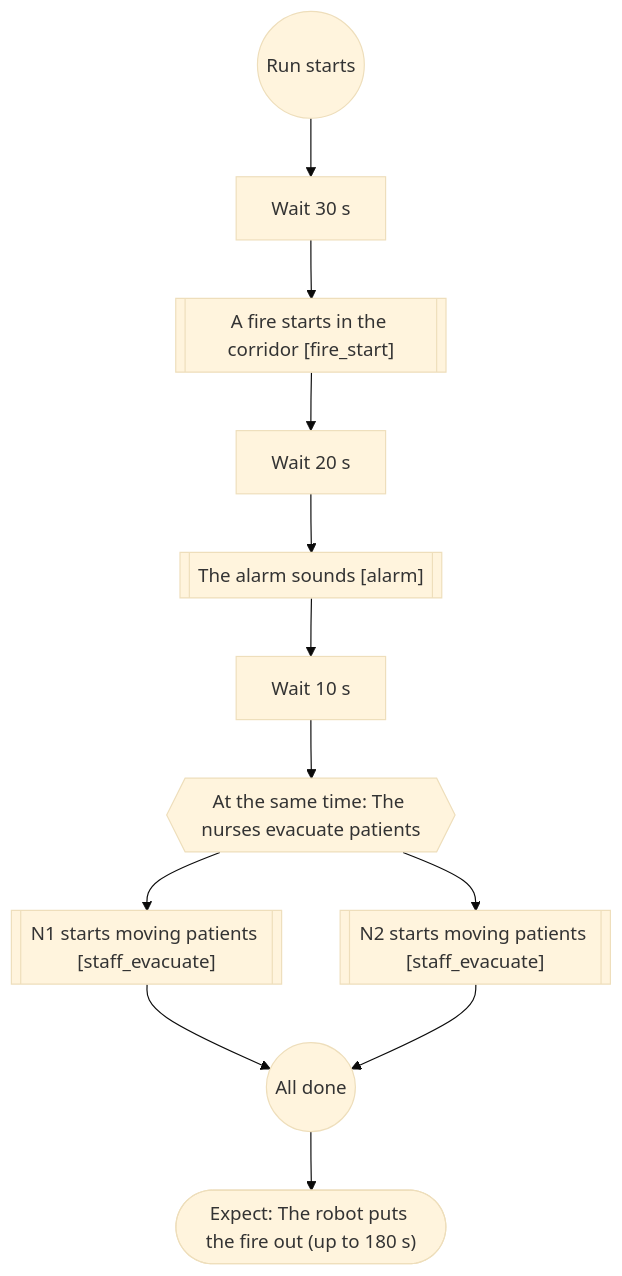
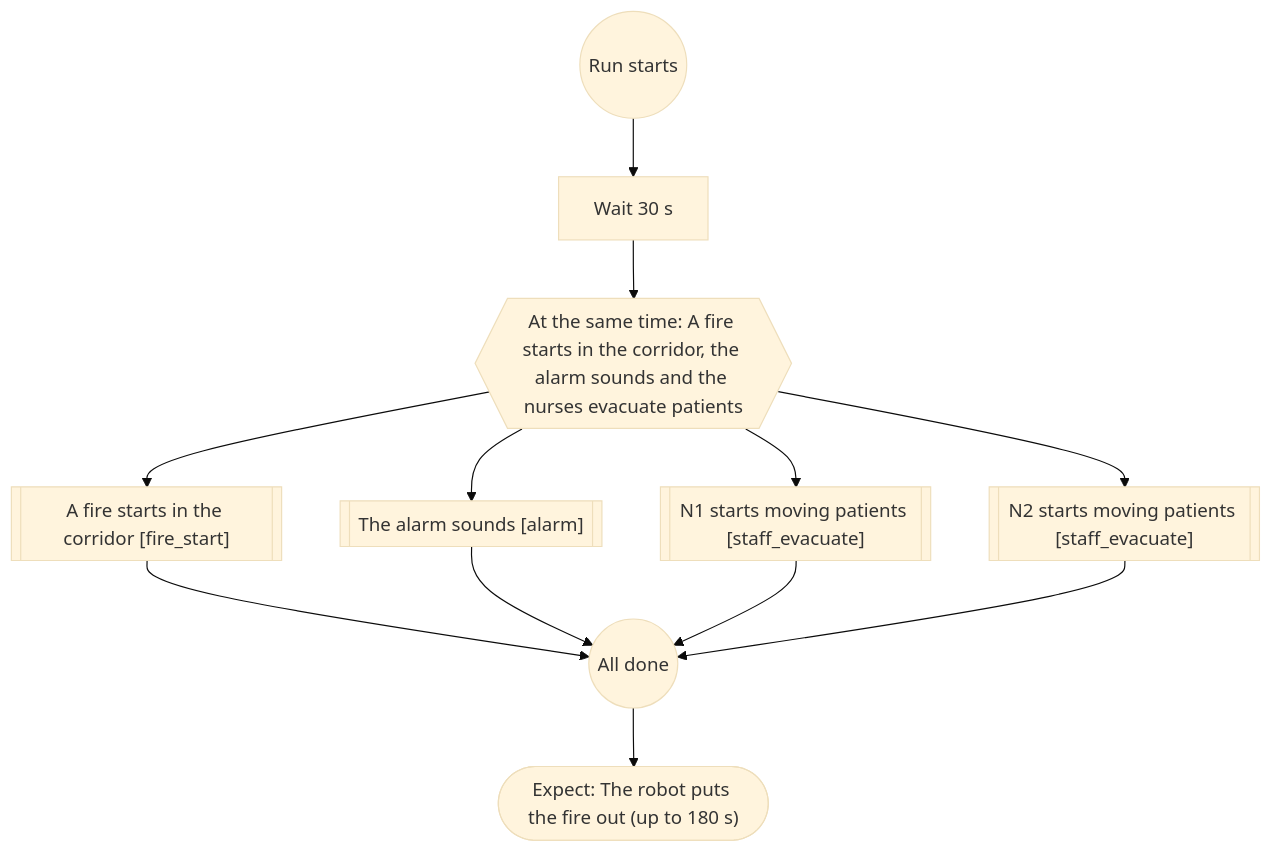
One commit to Bkrakshith/hospital-sim-agents changed the ninth of 9 diagrams in docs/scenario-flows.md. Above: the diagram before and after it, drawn with Mermaid (base theme). The commit also changed other lines of this file and 12 other files, not shown here.

````diff
--- a/docs/scenario-flows.md
+++ b/docs/scenario-flows.md
@@ -258,25 +264,23 @@
 ```mermaid
 flowchart TD
   n1(("Run starts"))
   n2["Wait 30 s"]
   n1 --> n2
-  n3[["A fire starts in the corridor [fire_start]"]]
+  n3{{"At the same time: A fire starts in the corridor, the alarm sounds and the nurses evacuate patients"}}
   n2 --> n3
-  n4["Wait 20 s"]
+  n4[["A fire starts in the corridor [fire_start]"]]
   n3 --> n4
   n5[["The alarm sounds [alarm]"]]
-  n4 --> n5
-  n6["Wait 10 s"]
-  n5 --> n6
-  n7{{"At the same time: The nurses evacuate patients"}}
-  n6 --> n7
-  n8[["N1 starts moving patients [staff_evacuate]"]]
+  n3 --> n5
+  n6[["N1 starts moving patients [staff_evacuate]"]]
+  n3 --> n6
+  n7[["N2 starts moving patients [staff_evacuate]"]]
+  n3 --> n7
+  n8(("All done"))
+  n4 --> n8
+  n5 --> n8
+  n6 --> n8
   n7 --> n8
-  n9[["N2 starts moving patients [staff_evacuate]"]]
-  n7 --> n9
-  n10(("All done"))
-  n8 --> n10
-  n9 --> n10
-  n11(["Expect: The robot puts the fire out (up to 180 s)"])
-  n10 --> n11
+  n9(["Expect: The robot puts the fire out (up to 180 s)"])
+  n8 --> n9
 ```
````
